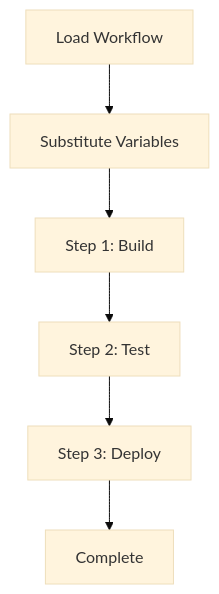
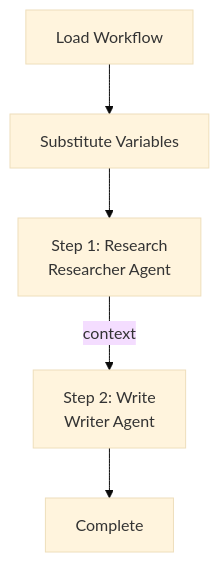
One commit to MervinPraison/PraisonAIDocs changed the diagram in docs/cli/workflow.mdx. Above: the diagram before and after it, drawn with Mermaid (base theme). The commit also changed other lines of this file and 1 other file, not shown here.

````diff
--- a/docs/cli/workflow.mdx
+++ b/docs/cli/workflow.mdx
@@ -85,8 +174,7 @@
 ```mermaid
 flowchart TD
     A[Load Workflow] --> B[Substitute Variables]
-    B --> C[Step 1: Build]
-    C --> D[Step 2: Test]
-    D --> E[Step 3: Deploy]
-    E --> F[Complete]
+    B --> C[Step 1: Research<br/>Researcher Agent]
+    C -->|context| D[Step 2: Write<br/>Writer Agent]
+    D --> E[Complete]
 ```
````
